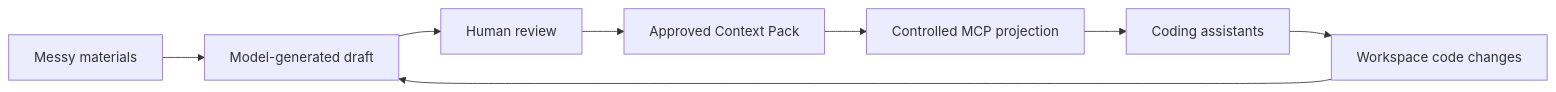
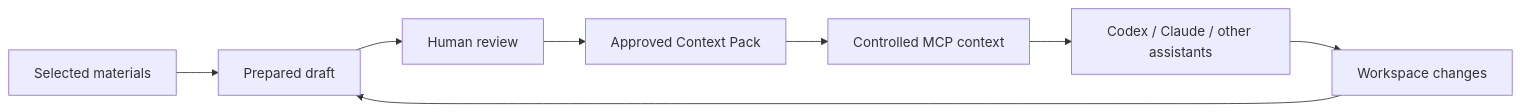
One commit to NoraSoong/Nexus changed the diagram in README.md. Above: the diagram before and after it, drawn with Mermaid. The commit also changed other lines of this file and 1 other file, not shown here.

````diff
--- a/README.md
+++ b/README.md
@@ -28,10 +36,10 @@
 ```mermaid
 flowchart LR
-    Materials["Messy materials"] --> Draft["Model-generated draft"]
+    Materials["Selected materials"] --> Draft["Prepared draft"]
     Draft --> Review["Human review"]
     Review --> Pack["Approved Context Pack"]
-    Pack --> MCP["Controlled MCP projection"]
-    MCP --> Assistants["Coding assistants"]
-    Assistants --> Git["Workspace code changes"]
+    Pack --> MCP["Controlled MCP context"]
+    MCP --> Assistant["Codex / Claude / other assistants"]
+    Assistant --> Git["Workspace changes"]
     Git --> Draft
 ```
````
